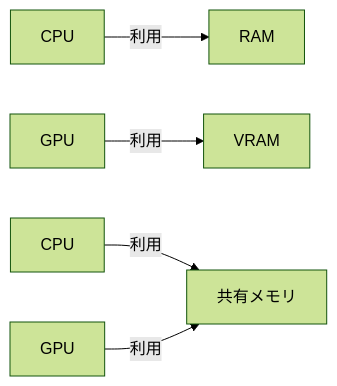
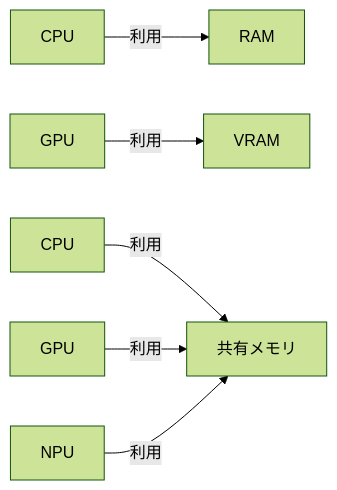
One commit to SparklingDetergent/doc_genai_About_the_local_LLM_operating_environment changed the second of 11 diagrams in README.md. Above: the diagram before and after it, drawn with Mermaid (forest theme).

````diff
--- a/README.md
+++ b/README.md
@@ -82,7 +82,8 @@
 ```mermaid
 graph LR
     A[CPU] -->|利用| B[RAM]
     C[GPU] -->|利用| D[VRAM]
     E[CPU] -->|利用| F[共有メモリ]
     G[GPU] -->|利用| F
+    H[NPU] -->|利用| F
 ```
````
